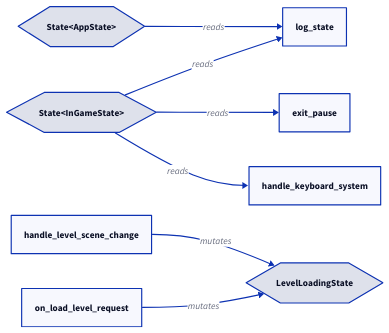
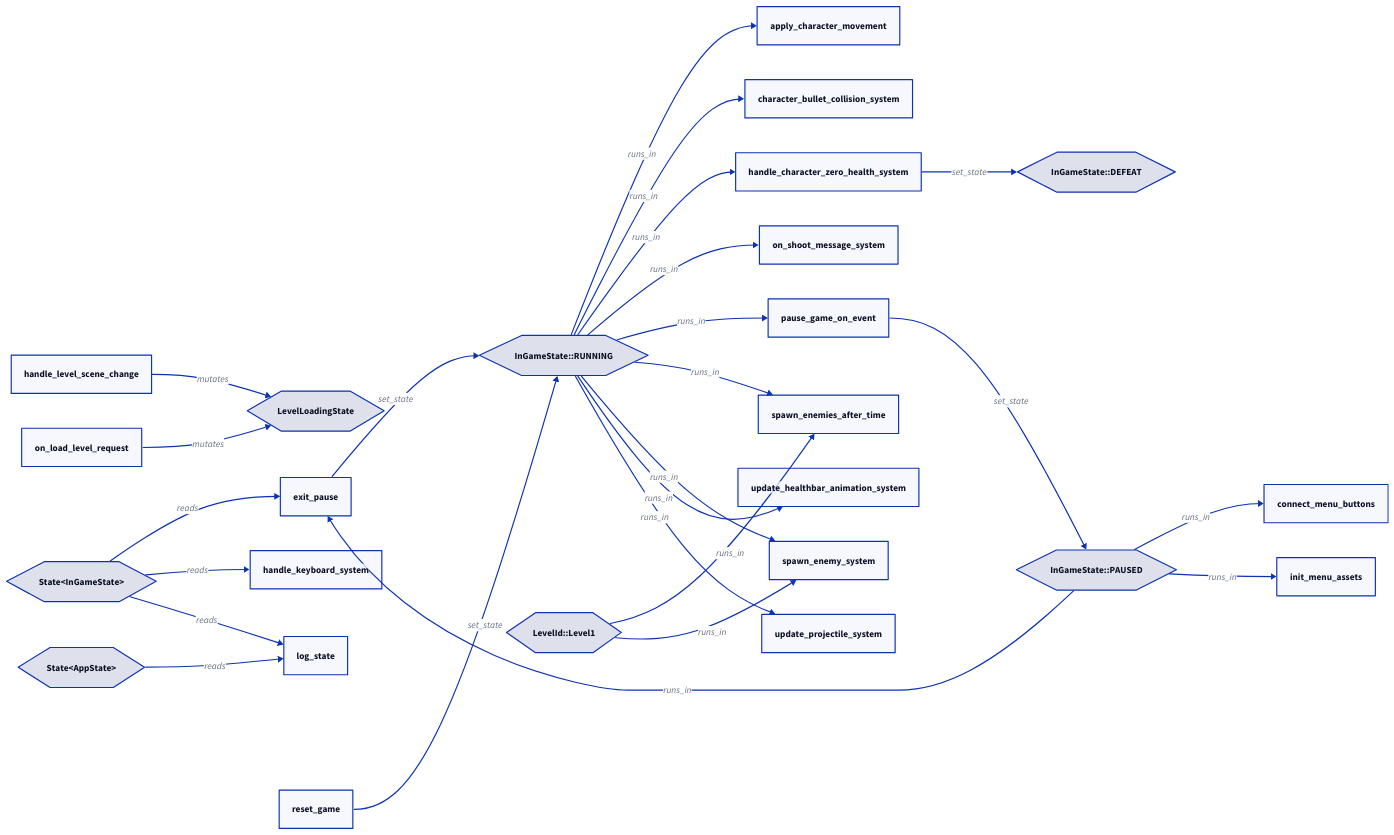
The diagram in docs/states.d2 (edizeqiri/BulletsOnWheels), drawn with D2 before and after one commit. The commit also changed 6 other files, not shown here.

```diff
--- a/docs/states.d2
+++ b/docs/states.d2
@@ -1,18 +1,52 @@
 direction: right
 
 "LevelLoadingState": { shape: hexagon }
 "State<AppState>": { shape: hexagon }
 "State<InGameState>": { shape: hexagon }
+"InGameState::DEFEAT": { shape: hexagon }
+"InGameState::PAUSED": { shape: hexagon }
+"InGameState::RUNNING": { shape: hexagon }
+"LevelId::Level1": { shape: hexagon }
 
+"apply_character_movement": { shape: rectangle }
+"character_bullet_collision_system": { shape: rectangle }
+"connect_menu_buttons": { shape: rectangle }
 "exit_pause": { shape: rectangle }
+"handle_character_zero_health_system": { shape: rectangle }
 "handle_keyboard_system": { shape: rectangle }
 "handle_level_scene_change": { shape: rectangle }
+"init_menu_assets": { shape: rectangle }
 "log_state": { shape: rectangle }
 "on_load_level_request": { shape: rectangle }
+"on_shoot_message_system": { shape: rectangle }
+"pause_game_on_event": { shape: rectangle }
+"reset_game": { shape: rectangle }
+"spawn_enemies_after_time": { shape: rectangle }
+"spawn_enemy_system": { shape: rectangle }
+"update_healthbar_animation_system": { shape: rectangle }
+"update_projectile_system": { shape: rectangle }
 
+"InGameState::RUNNING" -> "apply_character_movement": runs_in
+"InGameState::RUNNING" -> "character_bullet_collision_system": runs_in
+"InGameState::PAUSED" -> "connect_menu_buttons": runs_in
 "State<InGameState>" -> "exit_pause": reads
+"exit_pause" -> "InGameState::RUNNING": set_state
+"InGameState::PAUSED" -> "exit_pause": runs_in
+"handle_character_zero_health_system" -> "InGameState::DEFEAT": set_state
+"InGameState::RUNNING" -> "handle_character_zero_health_system": runs_in
 "State<InGameState>" -> "handle_keyboard_system": reads
 "handle_level_scene_change" -> "LevelLoadingState": mutates
+"InGameState::PAUSED" -> "init_menu_assets": runs_in
 "State<AppState>" -> "log_state": reads
 "State<InGameState>" -> "log_state": reads
 "on_load_level_request" -> "LevelLoadingState": mutates
+"InGameState::RUNNING" -> "on_shoot_message_system": runs_in
+"pause_game_on_event" -> "InGameState::PAUSED": set_state
+"InGameState::RUNNING" -> "pause_game_on_event": runs_in
+"reset_game" -> "InGameState::RUNNING": set_state
+"InGameState::RUNNING" -> "spawn_enemies_after_time": runs_in
+"LevelId::Level1" -> "spawn_enemies_after_time": runs_in
+"InGameState::RUNNING" -> "spawn_enemy_system": runs_in
+"LevelId::Level1" -> "spawn_enemy_system": runs_in
+"InGameState::RUNNING" -> "update_healthbar_animation_system": runs_in
+"InGameState::RUNNING" -> "update_projectile_system": runs_in
```
